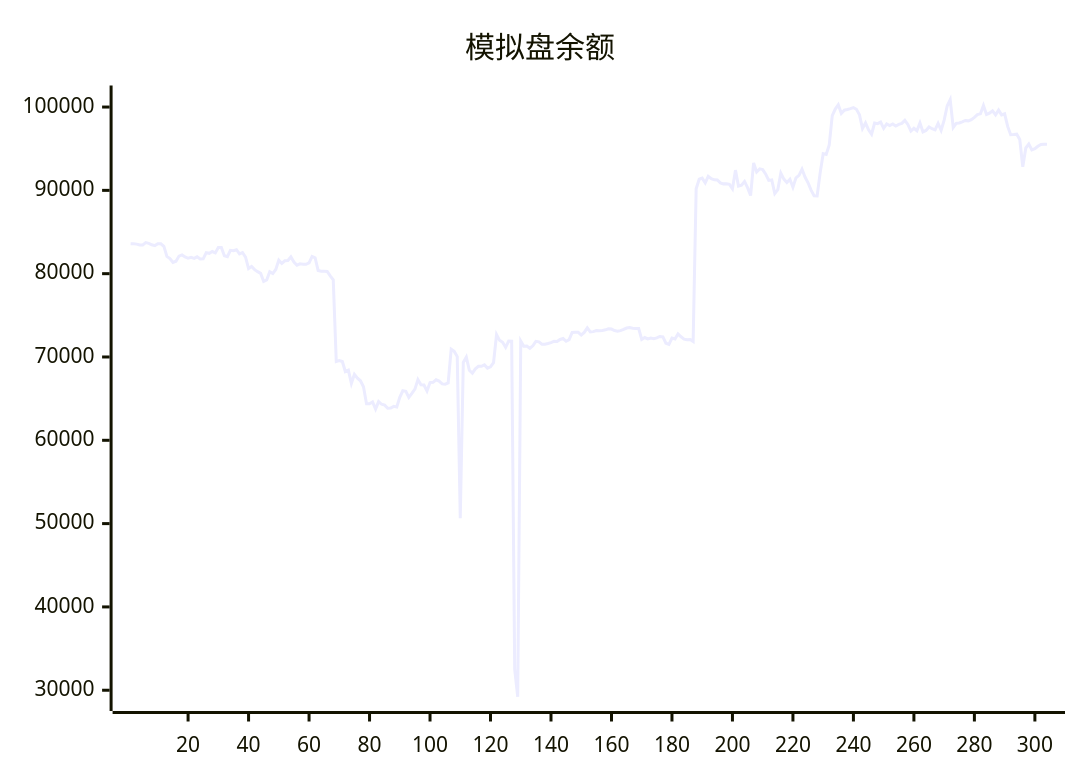
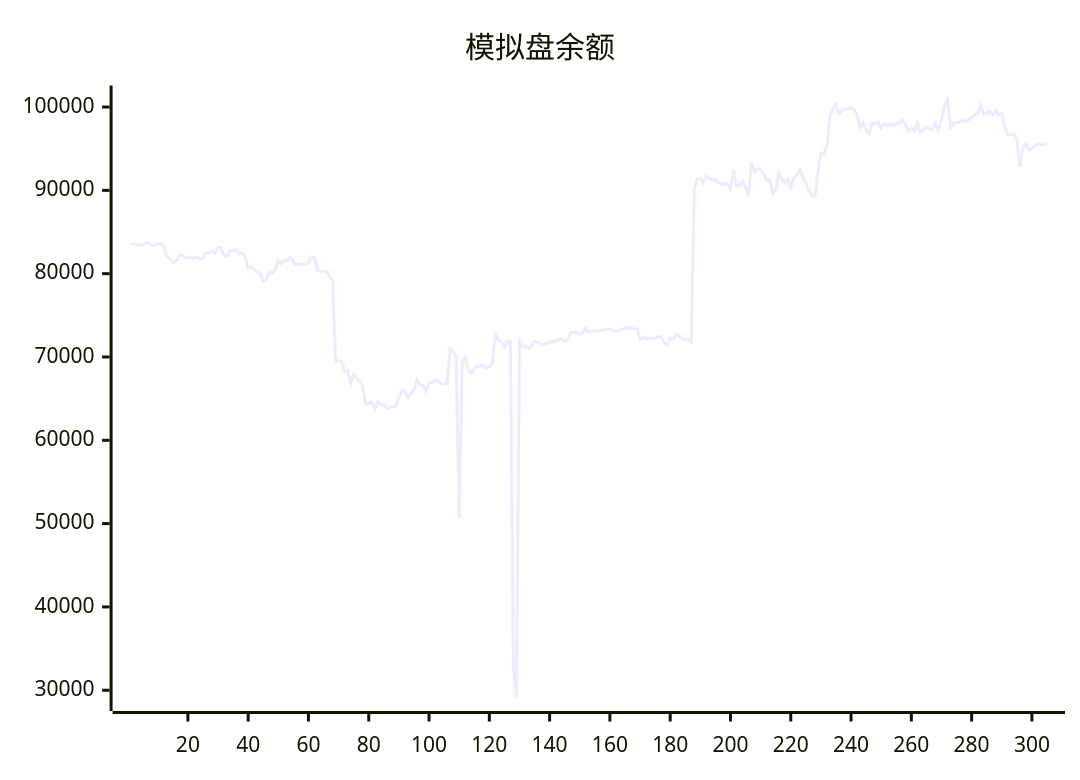
The diagram in README.md (aahl/ai-trading), drawn with Mermaid before and after one commit. The commit also changed other lines of this file and 1 other file, not shown here.

````diff
--- a/README.md
+++ b/README.md
@@ -5,5 +5,5 @@
 ```mermaid
 xychart
     title "模拟盘余额"
-    line [83606,83602,83548,83440,83454,83724,83644,83464,83365,83590,83592,83275,82072,81806,81344,81492,82109,82254,82006,81848,81955,81829,82022,81769,81776,82522,82441,82656,82498,83144,83144,82150,82038,82797,82763,82872,82367,82536,81981,80612,80862,80484,80242,80034,79063,79245,80226,80016,80507,81625,81233,81544,81578,82016,81401,81019,81186,81130,81118,81306,82066,81909,80392,80304,80291,80258,79729,79261,69466,69579,69456,68251,68415,66832,67911,67462,67144,66432,64380,64375,64606,63740,64647,64324,64216,63842,63877,64078,64008,65156,65945,65888,65157,65625,66144,67284,66653,66639,65924,66925,66956,67263,67108,66766,66729,66886,70927,70673,70049,50652,69334,69973,68400,68061,68578,68876,68879,69055,68662,68822,69329,72687,71999,71760,71162,71911,71896,32500,29218,71927,71297,71305,71044,71337,71883,71822,71536,71536,71622,71723,71880,71860,72100,72216,71887,72077,72940,72976,72966,72638,72948,73497,73004,73041,73173,73160,73186,73258,73375,73351,73173,73098,73161,73305,73474,73536,73457,73413,73412,72100,72333,72164,72272,72204,72285,72461,72421,71652,71521,72267,72157,72774,72424,72144,72060,72091,71858,90185,91338,91466,90900,91678,91404,91268,91244,90903,90779,90787,90721,90187,92429,90518,90619,91070,90328,89376,93286,92202,92581,92485,91947,91196,91259,89619,90086,92063,91355,90950,91327,90373,91498,91800,92531,91603,90910,90031,89351,89334,92097,94406,94315,95455,98972,99763,100286,99229,99622,99701,99805,99938,99738,99082,97430,98094,97267,96741,98081,98013,98194,97447,97983,97789,97969,97729,97911,98043,98405,97912,97120,97448,97154,98095,97021,97190,97616,97402,97263,98035,97210,98424,100120,100876,97552,98049,98085,98228,98388,98342,98488,98750,99086,99181,100188,99107,99272,99553,99072,99636,99061,99186,97674,96679,96704,96743,96096,92830,95088,95560,94866,94995,95295,95497,95531,95527]
+    line [83606,83602,83548,83440,83454,83724,83644,83464,83365,83590,83592,83275,82072,81806,81344,81492,82109,82254,82006,81848,81955,81829,82022,81769,81776,82522,82441,82656,82498,83144,83144,82150,82038,82797,82763,82872,82367,82536,81981,80612,80862,80484,80242,80034,79063,79245,80226,80016,80507,81625,81233,81544,81578,82016,81401,81019,81186,81130,81118,81306,82066,81909,80392,80304,80291,80258,79729,79261,69466,69579,69456,68251,68415,66832,67911,67462,67144,66432,64380,64375,64606,63740,64647,64324,64216,63842,63877,64078,64008,65156,65945,65888,65157,65625,66144,67284,66653,66639,65924,66925,66956,67263,67108,66766,66729,66886,70927,70673,70049,50652,69334,69973,68400,68061,68578,68876,68879,69055,68662,68822,69329,72687,71999,71760,71162,71911,71896,32500,29218,71927,71297,71305,71044,71337,71883,71822,71536,71536,71622,71723,71880,71860,72100,72216,71887,72077,72940,72976,72966,72638,72948,73497,73004,73041,73173,73160,73186,73258,73375,73351,73173,73098,73161,73305,73474,73536,73457,73413,73412,72100,72333,72164,72272,72204,72285,72461,72421,71652,71521,72267,72157,72774,72424,72144,72060,72091,71858,90185,91338,91466,90900,91678,91404,91268,91244,90903,90779,90787,90721,90187,92429,90518,90619,91070,90328,89376,93286,92202,92581,92485,91947,91196,91259,89619,90086,92063,91355,90950,91327,90373,91498,91800,92531,91603,90910,90031,89351,89334,92097,94406,94315,95455,98972,99763,100286,99229,99622,99701,99805,99938,99738,99082,97430,98094,97267,96741,98081,98013,98194,97447,97983,97789,97969,97729,97911,98043,98405,97912,97120,97448,97154,98095,97021,97190,97616,97402,97263,98035,97210,98424,100120,100876,97552,98049,98085,98228,98388,98342,98488,98750,99086,99181,100188,99107,99272,99553,99072,99636,99061,99186,97674,96679,96704,96743,96096,92830,95088,95560,94866,94995,95295,95497,95531,95527,95559]
 ```
````
